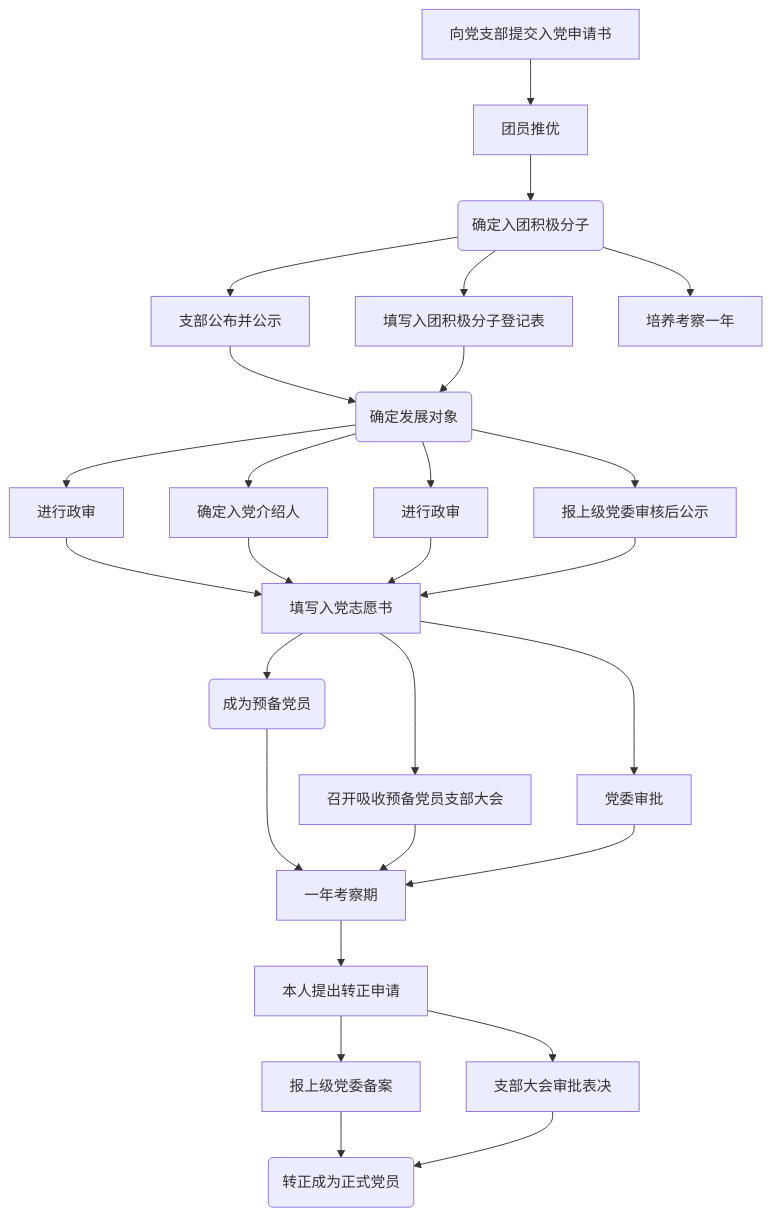
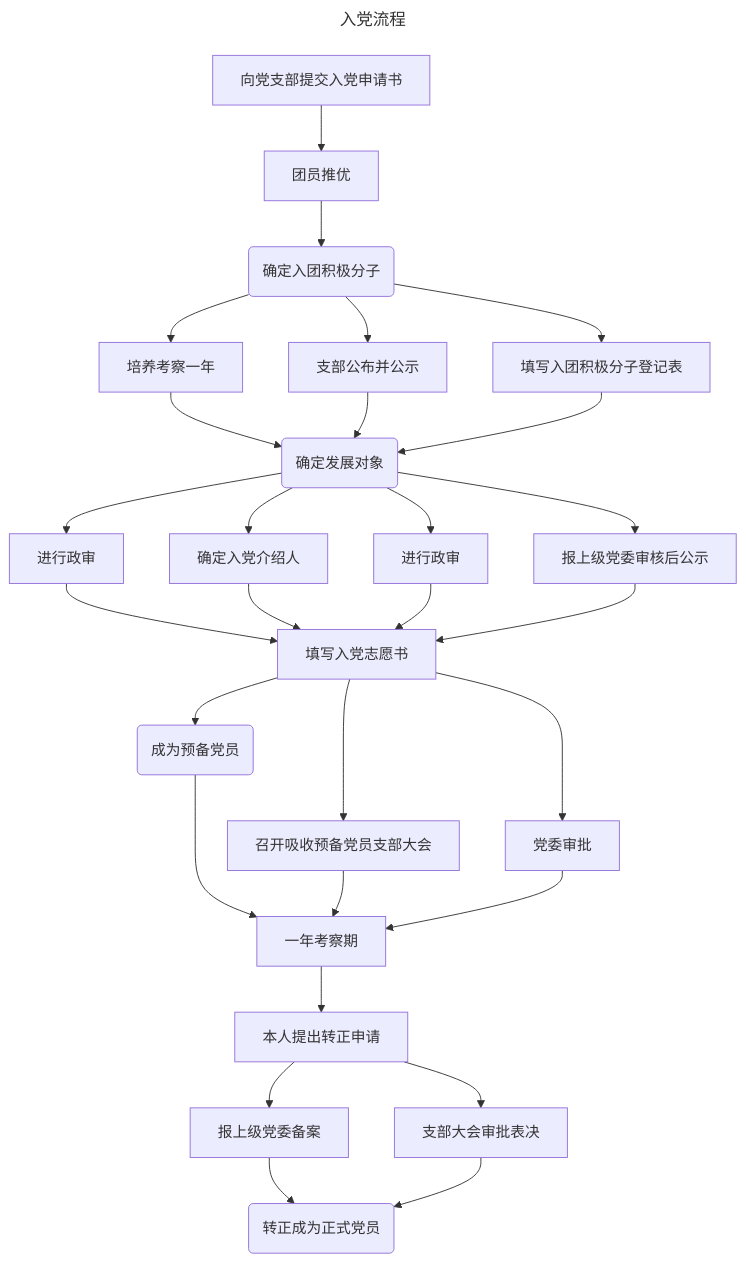
One commit to Survive-HFUT/survive-hfut.github.io changed the diagram in docs/study/CPC.md. Above: the diagram before and after it, drawn with Mermaid. The commit also changed other lines of this file and 19 other files, not shown here.

````diff
--- a/docs/study/CPC.md
+++ b/docs/study/CPC.md
@@ -5,32 +5,35 @@
 ```mermaid
+---
+title: 入党流程
+---
 flowchart TD
   a["向党支部提交入党申请书"] --> b["团员推优"]
   b-->c("确定入团积极分子")
   c-->d["支部公布并公示"]
   c-->e["填写入团积极分子登记表"]
   c-->f["培养考察一年"]
-  g("确定发展对象")
+  f-->g("确定发展对象")
   d-->g
   e-->g
   g-->h["进行政审"]
   g-->i["确定入党介绍人"]
   g-->j["进行政审"]
   g-->k["报上级党委审核后公示"]
   l["填写入党志愿书"]
   h-->l
   i-->l
   j-->l
   k-->l
   l-->m["召开吸收预备党员支部大会"]
   l-->n["党委审批"]
   l-->o("成为预备党员")
   o-->p["一年考察期"]
   m-->p
   n-->p
   p-->q["本人提出转正申请"]
   q-->r["支部大会审批表决"]
   q-->s["报上级党委备案"]
   t("转正成为正式党员")
   s-->t
   r-->t
 ```
````
